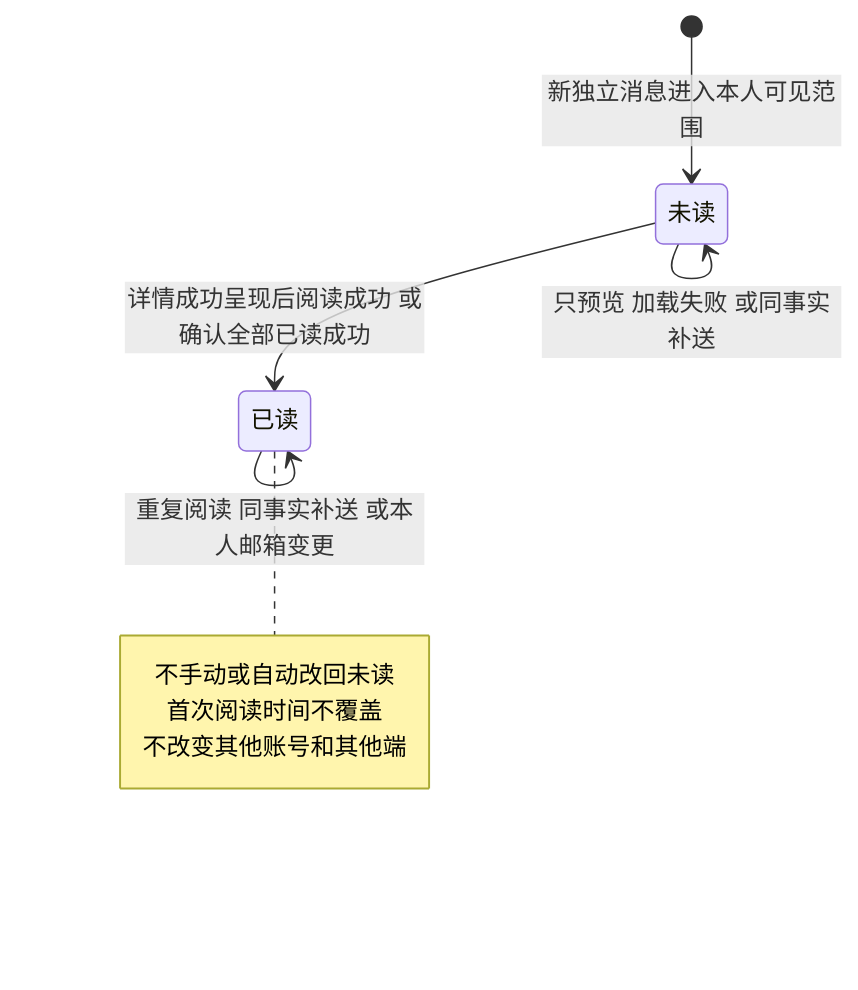
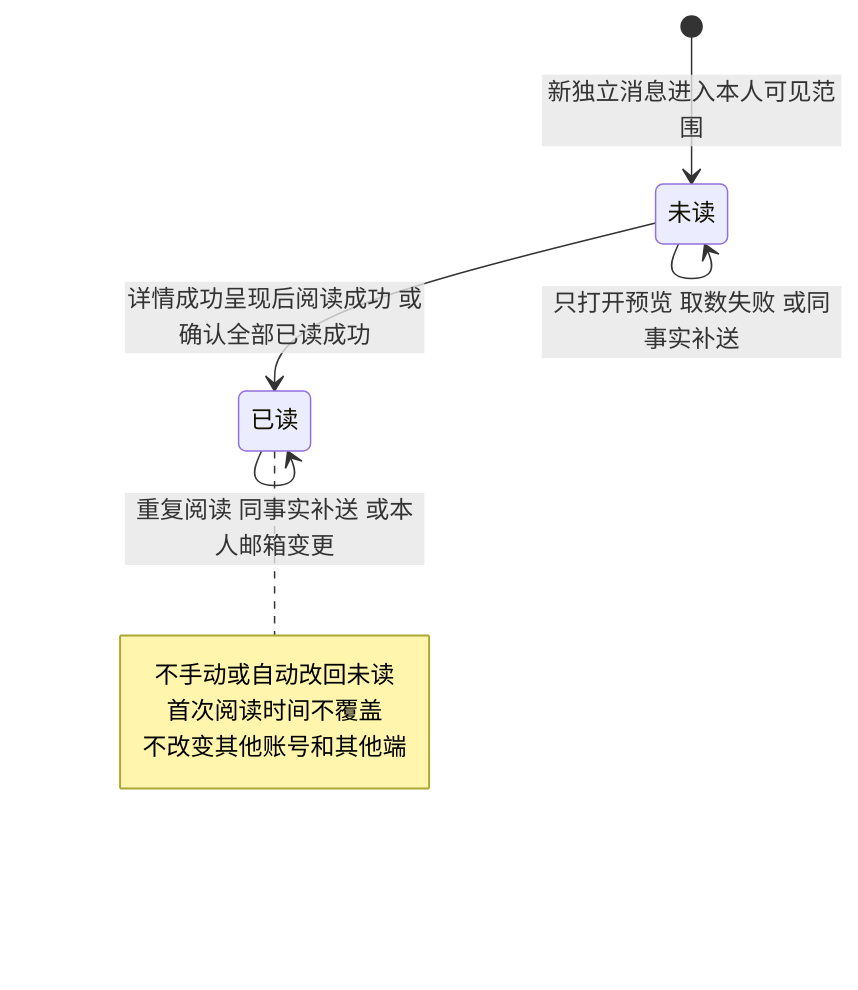
The seventh of 7 diagrams in lending-platform/PRD/v1.0-运营端消息通知/02-运营端消息通知-流程图与状态机.md (wxblockchain/Chain-Financing), drawn with Mermaid before and after one commit. The commit also changed other lines of this file and 4 other files, not shown here.

````diff
--- a/lending-platform/PRD/v1.0-运营端消息通知/02-运营端消息通知-流程图与状态机.md
+++ b/lending-platform/PRD/v1.0-运营端消息通知/02-运营端消息通知-流程图与状态机.md
@@ -170,12 +170,12 @@
 ```mermaid
 stateDiagram-v2
     [*] --> 未读: 新独立消息进入本人可见范围
     未读 --> 已读: 详情成功呈现后阅读成功 或确认全部已读成功
-    未读 --> 未读: 只预览 加载失败 或同事实补送
+    未读 --> 未读: 只打开预览 取数失败 或同事实补送
     已读 --> 已读: 重复阅读 同事实补送 或本人邮箱变更
     note right of 已读
         不手动或自动改回未读
         首次阅读时间不覆盖
         不改变其他账号和其他端
     end note
 ```
````
